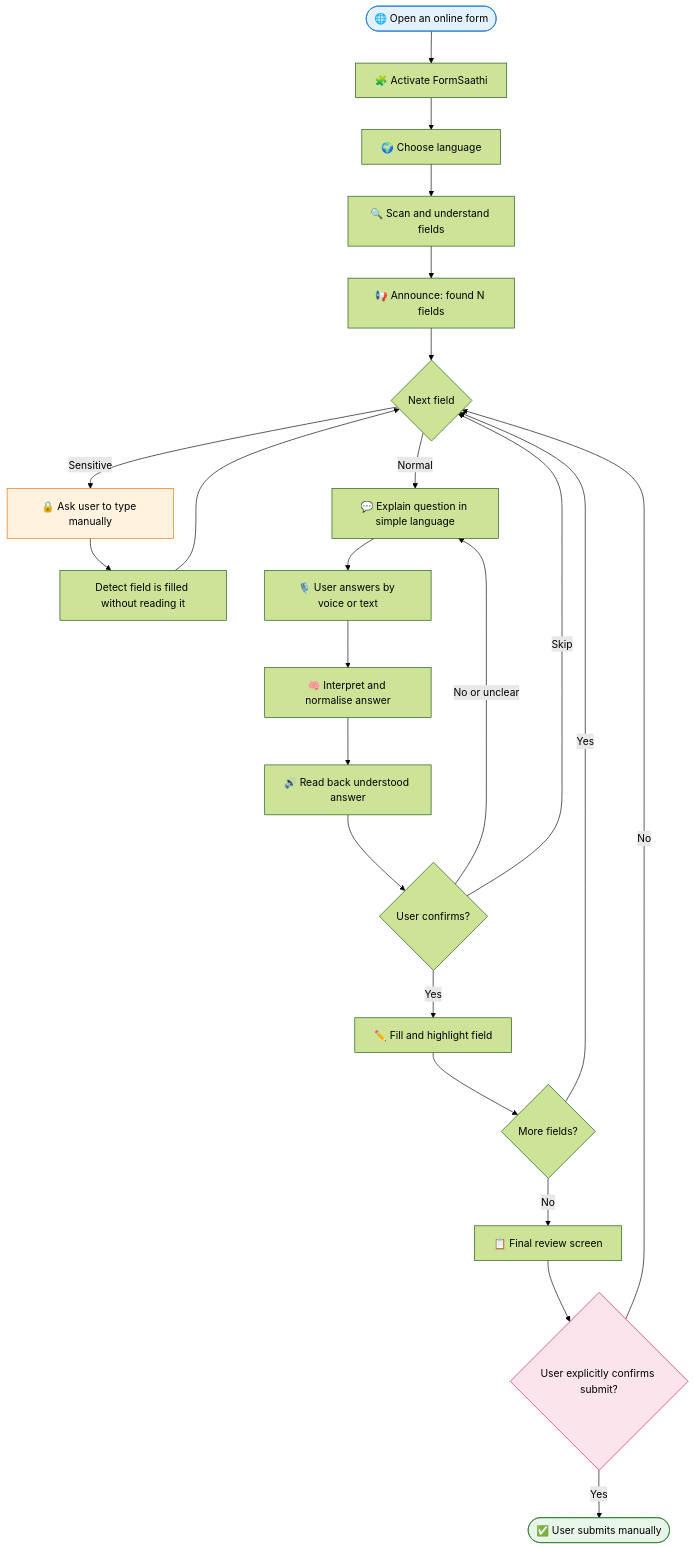
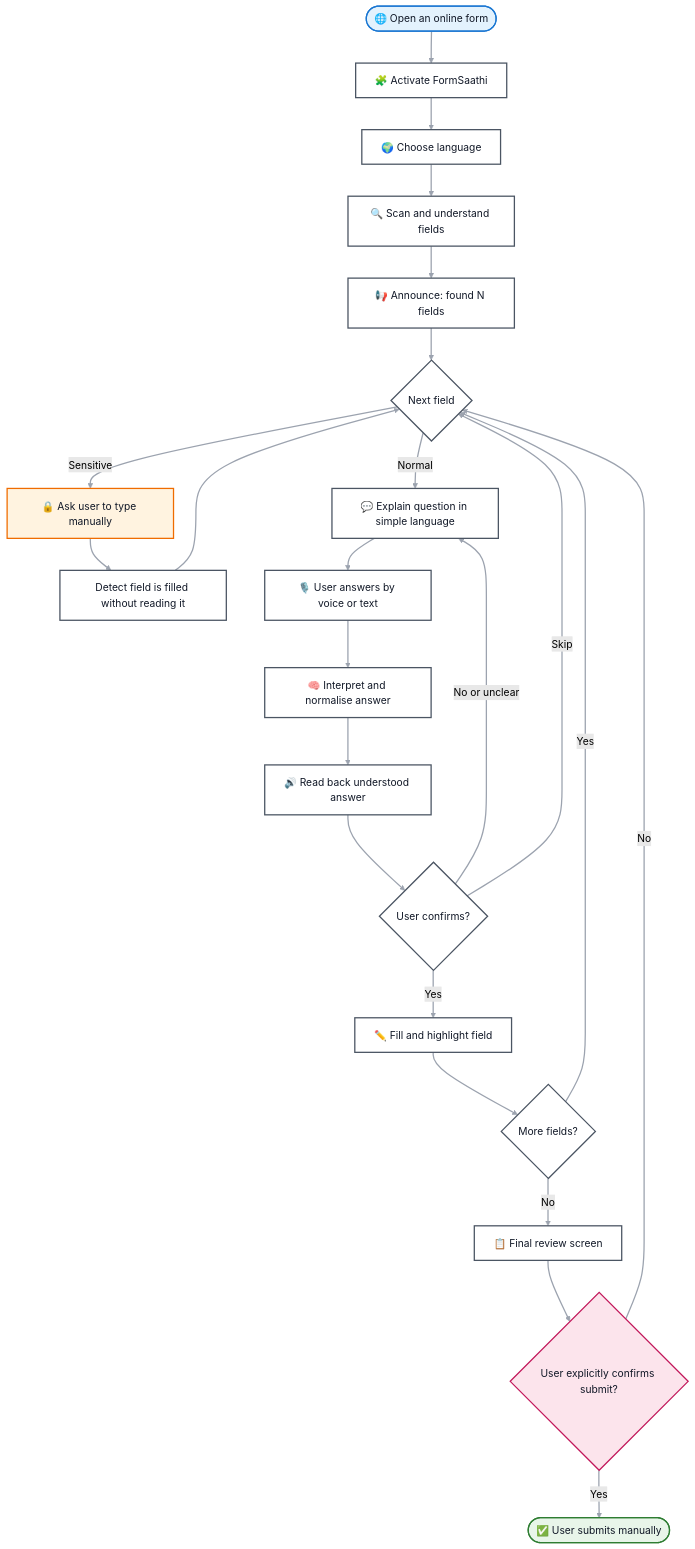
One commit to vrajardeshana19-bit/FormSathi changed the first of 8 diagrams in README.md. Above: the diagram before and after it, drawn with Mermaid (forest theme). The commit also changed other lines of this file, not shown here.

````diff
--- a/README.md
+++ b/README.md
@@ -130,30 +130,45 @@
 ```mermaid
 flowchart TD
     A([🌐 Open an online form]) --> B[🧩 Activate FormSaathi]
     B --> C[🌍 Choose language]
     C --> D[🔍 Scan and understand fields]
     D --> E[📢 Announce: found N fields]
     E --> F{Next field}
     F -->|Sensitive| G[🔒 Ask user to type manually]
     G --> G2[Detect field is filled without reading it]
     G2 --> F
     F -->|Normal| H[💬 Explain question in simple language]
     H --> I[🎙️ User answers by voice or text]
     I --> J[🧠 Interpret and normalise answer]
     J --> K[🔊 Read back understood answer]
     K --> L{User confirms?}
     L -->|No or unclear| H
     L -->|Skip| F
     L -->|Yes| M[✏️ Fill and highlight field]
     M --> N{More fields?}
     N -->|Yes| F
     N -->|No| O[📋 Final review screen]
     O --> P{User explicitly confirms submit?}
     P -->|No| F
     P -->|Yes| Q([✅ User submits manually])
 
-    style A fill:#e3f2fd,stroke:#1976d2
-    style Q fill:#e8f5e9,stroke:#2e7d32
-    style G fill:#fff3e0,stroke:#ef6c00
-    style P fill:#fce4ec,stroke:#c2185b
+    style A fill:#e3f2fd,stroke:#1976d2,color:#111827,stroke-width:2px
+    style Q fill:#e8f5e9,stroke:#2e7d32,color:#111827,stroke-width:2px
+    style G fill:#fff3e0,stroke:#ef6c00,color:#111827,stroke-width:2px
+    style P fill:#fce4ec,stroke:#c2185b,color:#111827,stroke-width:2px
+    style B fill:#ffffff,stroke:#4b5563,color:#111827,stroke-width:2px
+    style C fill:#ffffff,stroke:#4b5563,color:#111827,stroke-width:2px
+    style D fill:#ffffff,stroke:#4b5563,color:#111827,stroke-width:2px
+    style E fill:#ffffff,stroke:#4b5563,color:#111827,stroke-width:2px
+    style F fill:#ffffff,stroke:#4b5563,color:#111827,stroke-width:2px
+    style G2 fill:#ffffff,stroke:#4b5563,color:#111827,stroke-width:2px
+    style H fill:#ffffff,stroke:#4b5563,color:#111827,stroke-width:2px
+    style I fill:#ffffff,stroke:#4b5563,color:#111827,stroke-width:2px
+    style J fill:#ffffff,stroke:#4b5563,color:#111827,stroke-width:2px
+    style K fill:#ffffff,stroke:#4b5563,color:#111827,stroke-width:2px
+    style L fill:#ffffff,stroke:#4b5563,color:#111827,stroke-width:2px
+    style M fill:#ffffff,stroke:#4b5563,color:#111827,stroke-width:2px
+    style N fill:#ffffff,stroke:#4b5563,color:#111827,stroke-width:2px
+    style O fill:#ffffff,stroke:#4b5563,color:#111827,stroke-width:2px
+    linkStyle default stroke:#9ca3af,stroke-width:2px
 ```
````
